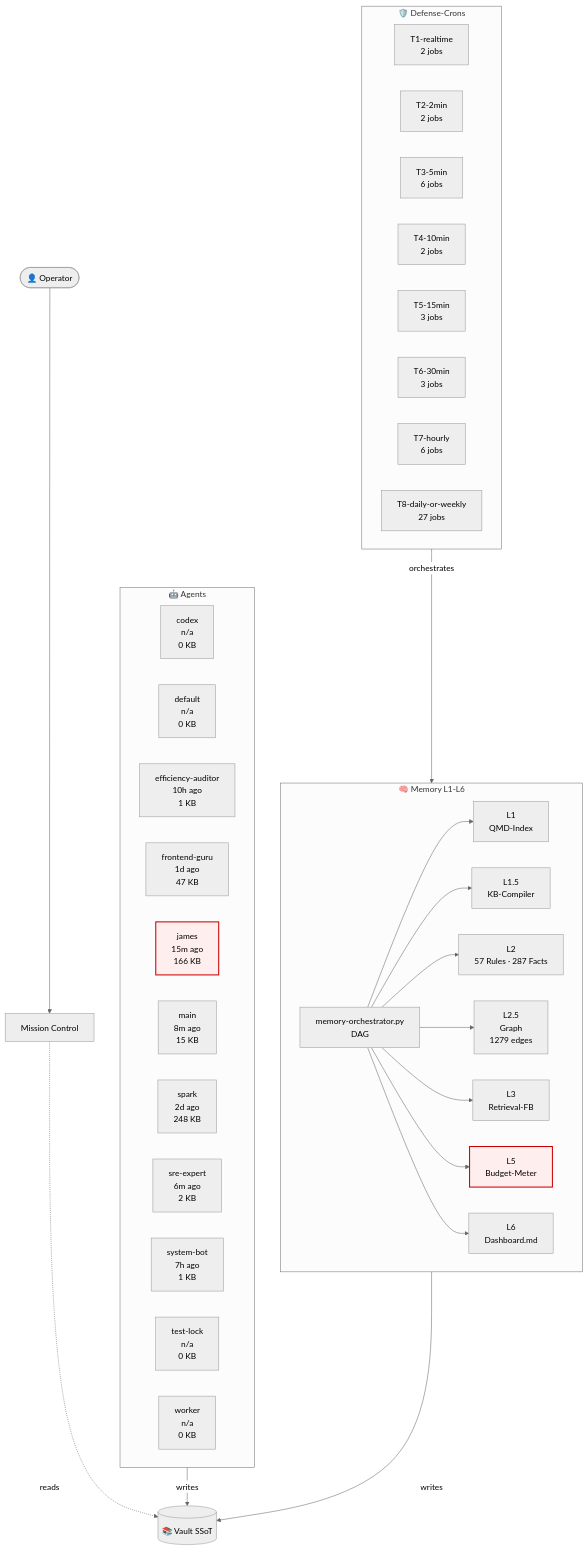
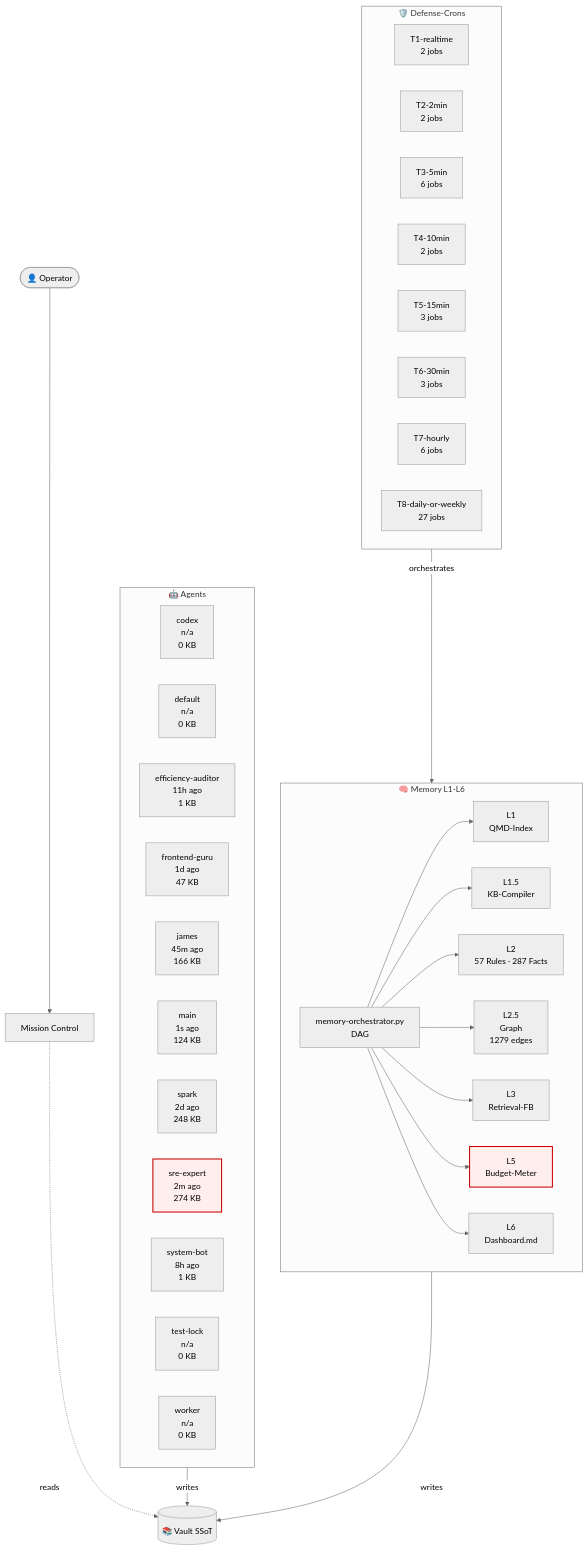
Before and after one commit to lenardhuebner88-rgb/openclaw-memory: the diagram in 03-Agents/architecture-live.md, drawn with Mermaid (neutral theme). The commit also changed other lines of this file and 21 other files, not shown here.

````diff
--- a/03-Agents/architecture-live.md
+++ b/03-Agents/architecture-live.md
@@ -18,54 +18,54 @@
 ```mermaid
 flowchart TB
     classDef critical fill:#fee,stroke:#c00,stroke-width:2px;
     subgraph AGT["🤖 Agents"]
         agent_codex["codex<br/>n/a<br/>0 KB"]
         agent_default["default<br/>n/a<br/>0 KB"]
-        agent_efficiency_auditor["efficiency-auditor<br/>10h ago<br/>1 KB"]
+        agent_efficiency_auditor["efficiency-auditor<br/>11h ago<br/>1 KB"]
         agent_frontend_guru["frontend-guru<br/>1d ago<br/>47 KB"]
-        agent_james["james<br/>15m ago<br/>166 KB"]
-        agent_main["main<br/>8m ago<br/>15 KB"]
+        agent_james["james<br/>45m ago<br/>166 KB"]
+        agent_main["main<br/>1s ago<br/>124 KB"]
         agent_spark["spark<br/>2d ago<br/>248 KB"]
-        agent_sre_expert["sre-expert<br/>6m ago<br/>2 KB"]
-        agent_system_bot["system-bot<br/>7h ago<br/>1 KB"]
+        agent_sre_expert["sre-expert<br/>2m ago<br/>274 KB"]
+        agent_system_bot["system-bot<br/>8h ago<br/>1 KB"]
         agent_test_lock["test-lock<br/>n/a<br/>0 KB"]
         agent_worker["worker<br/>n/a<br/>0 KB"]
     end
     subgraph MEM["🧠 Memory L1-L6"]
         L1["L1<br/>QMD-Index"]
         L15["L1.5<br/>KB-Compiler"]
         L2["L2<br/>57 Rules · 287 Facts"]
         L25["L2.5<br/>Graph<br/>1279 edges"]
         L3["L3<br/>Retrieval-FB"]
         L5["L5<br/>Budget-Meter"]
         L6["L6<br/>Dashboard.md"]
         ORCH["memory-orchestrator.py<br/>DAG"]
     end
     subgraph CRN["🛡️ Defense-Crons"]
         tier_T1_realtime["T1-realtime<br/>2 jobs"]
         tier_T2_2min["T2-2min<br/>2 jobs"]
         tier_T3_5min["T3-5min<br/>6 jobs"]
         tier_T4_10min["T4-10min<br/>2 jobs"]
         tier_T5_15min["T5-15min<br/>3 jobs"]
         tier_T6_30min["T6-30min<br/>3 jobs"]
         tier_T7_hourly["T7-hourly<br/>6 jobs"]
         tier_T8_daily_or_weekly["T8-daily-or-weekly<br/>27 jobs"]
     end
     VAULT[("📚 Vault SSoT")]
     OP([👤 Operator])
     MC["Mission Control"]
     OP --> MC
     MC -.reads.-> VAULT
     AGT -->|writes| VAULT
     MEM -->|writes| VAULT
     ORCH --> L1
     ORCH --> L15
     ORCH --> L2
     ORCH --> L25
     ORCH --> L3
     ORCH --> L5
     ORCH --> L6
     CRN -->|orchestrates| MEM
     class L5 critical
-    class agent_james critical
+    class agent_sre_expert critical
 ```
````
